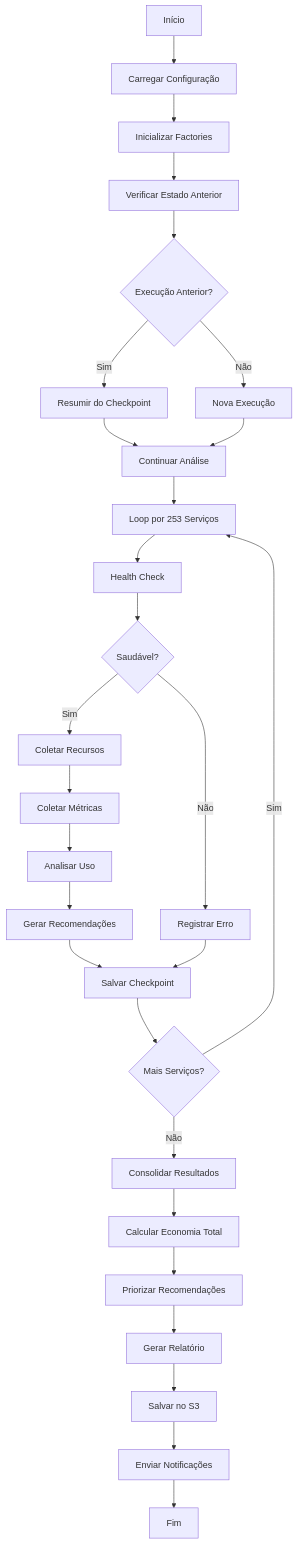
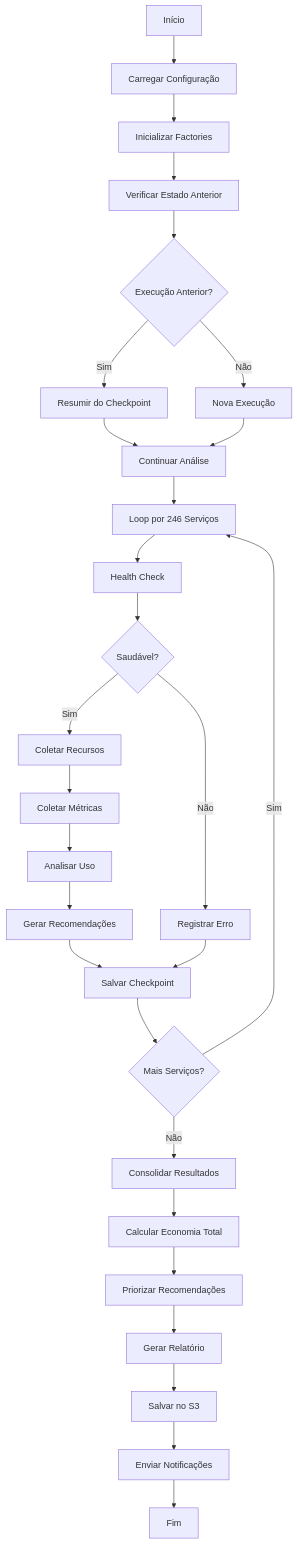
Diagram 12 of 13 in docs/FUNCTIONAL_GUIDE.md (FELIPEACASTRO/finops-aws-bdr), drawn with Mermaid before and after one commit. The commit also changed other lines of this file and 11 other files, not shown here.

````diff
--- a/docs/FUNCTIONAL_GUIDE.md
+++ b/docs/FUNCTIONAL_GUIDE.md
@@ -1195,31 +1200,31 @@
 ```mermaid
 flowchart TD
     A[Início] --> B[Carregar Configuração]
     B --> C[Inicializar Factories]
     C --> D[Verificar Estado Anterior]
     D --> E{Execução Anterior?}
     E -->|Sim| F[Resumir do Checkpoint]
     E -->|Não| G[Nova Execução]
     F --> H[Continuar Análise]
     G --> H
     
-    H --> I[Loop por 253 Serviços]
+    H --> I[Loop por 246 Serviços]
     I --> J[Health Check]
     J --> K{Saudável?}
     K -->|Sim| L[Coletar Recursos]
     K -->|Não| M[Registrar Erro]
     L --> N[Coletar Métricas]
     N --> O[Analisar Uso]
     O --> P[Gerar Recomendações]
     P --> Q[Salvar Checkpoint]
     M --> Q
     Q --> R{Mais Serviços?}
     R -->|Sim| I
     R -->|Não| S[Consolidar Resultados]
     S --> T[Calcular Economia Total]
     T --> U[Priorizar Recomendações]
     U --> V[Gerar Relatório]
     V --> W[Salvar no S3]
     W --> X[Enviar Notificações]
     X --> Y[Fim]
 ```
````
